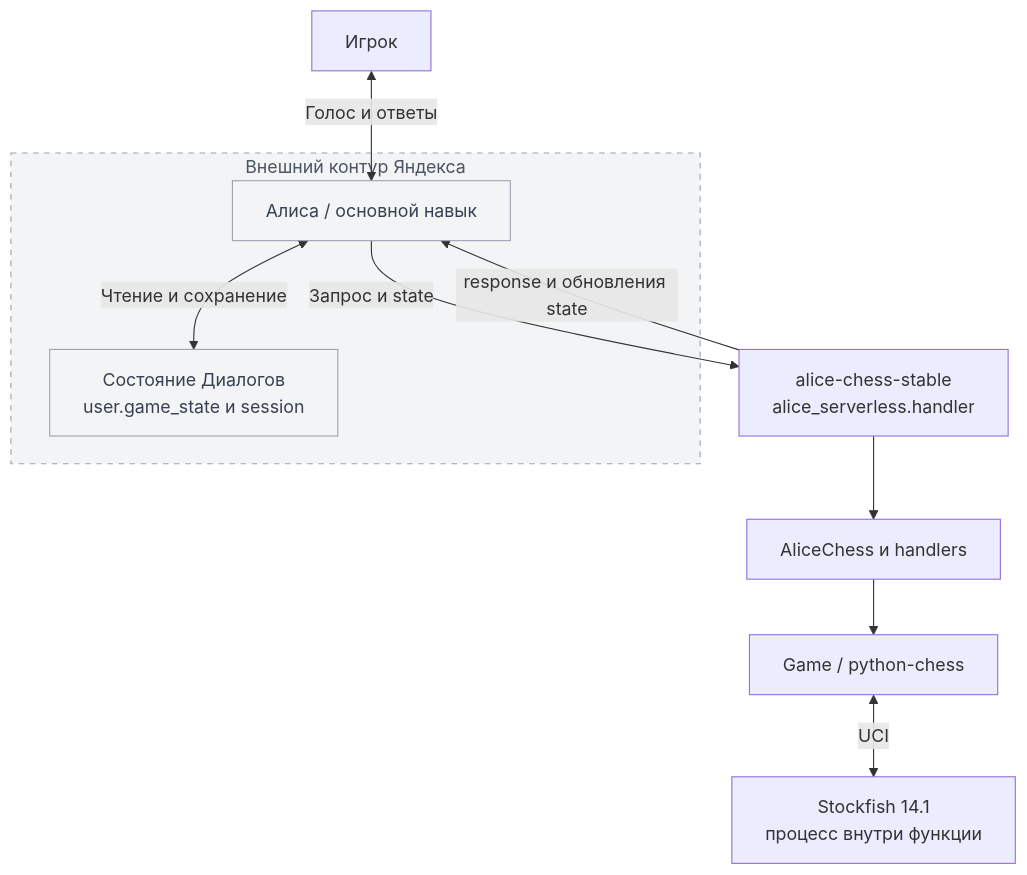
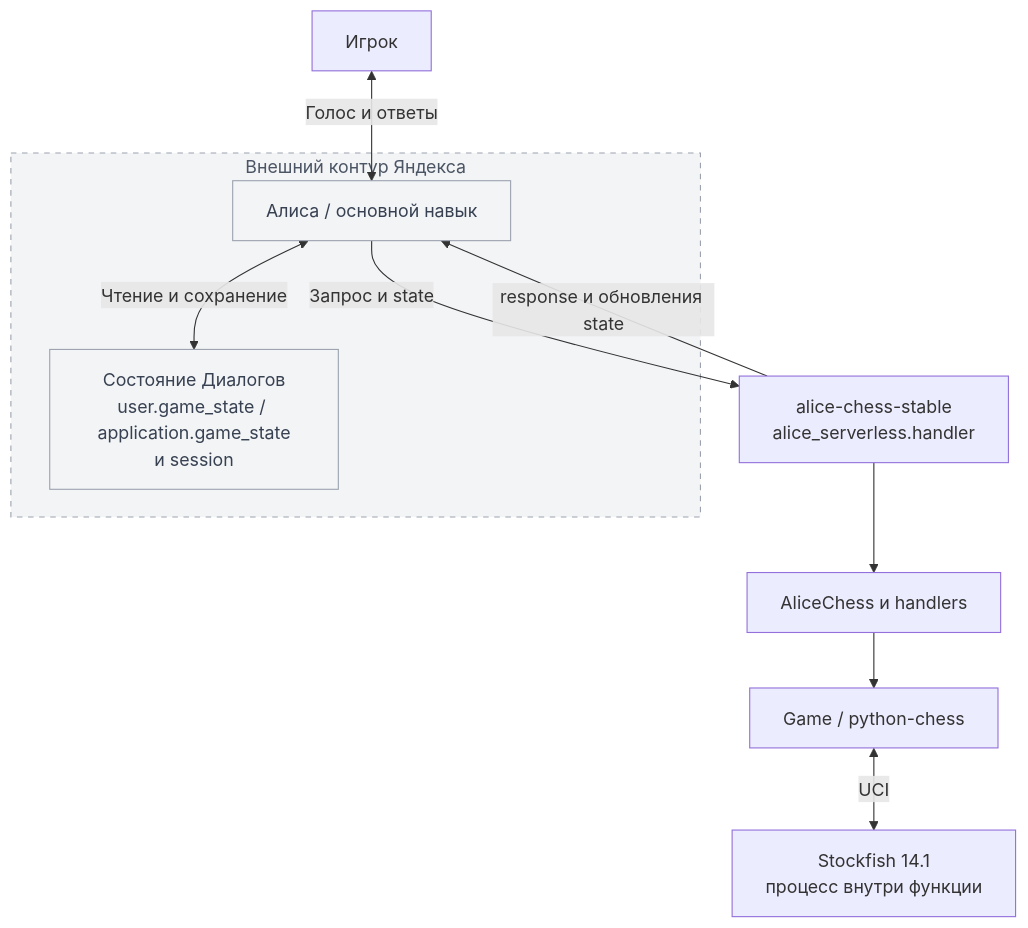
The second of 4 diagrams in docs/readme.md (axtrace/alisa_chess), drawn with Mermaid before and after one commit. The commit also changed other lines of this file and 25 other files, not shown here.

````diff
--- a/docs/readme.md
+++ b/docs/readme.md
@@ -82,18 +82,18 @@
 ```mermaid
 flowchart TB
     U["Игрок"]
     subgraph PLATFORM["Внешний контур Яндекса"]
         D["Алиса / основной навык"]
-        S["Состояние Диалогов<br/>user.game_state и session"]
+        S["Состояние Диалогов<br/>user.game_state / application.game_state<br/>и session"]
         D <-->|Чтение и сохранение| S
     end
     U <-->|Голос и ответы| D
     D -->|Запрос и state| F["alice-chess-stable<br/>alice_serverless.handler"]
     F --> C["AliceChess и handlers"]
     C --> G["Game / python-chess"]
     G <-->|UCI| E["Stockfish 14.1<br/>процесс внутри функции"]
     F -->|response и обновления state| D
     style PLATFORM fill:#f3f4f6,stroke:#9ca3af,stroke-dasharray:5 5,color:#4b5563
     classDef external fill:#f3f4f6,stroke:#9ca3af,color:#374151
     class D,S external
 ```
````
